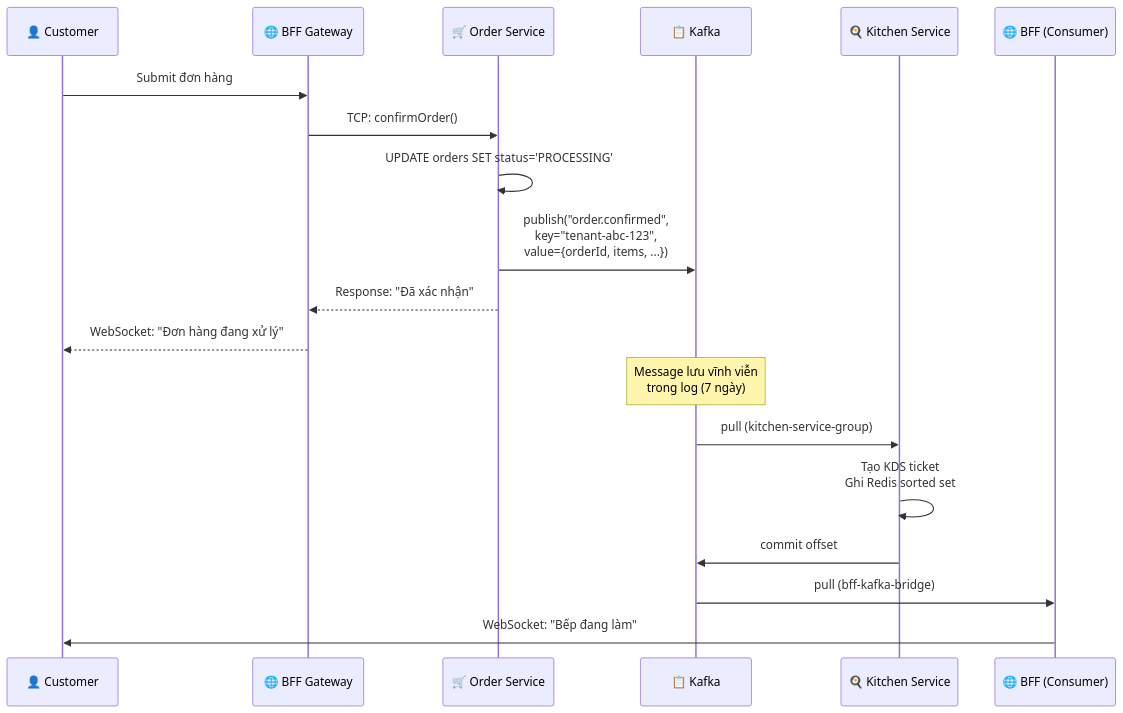
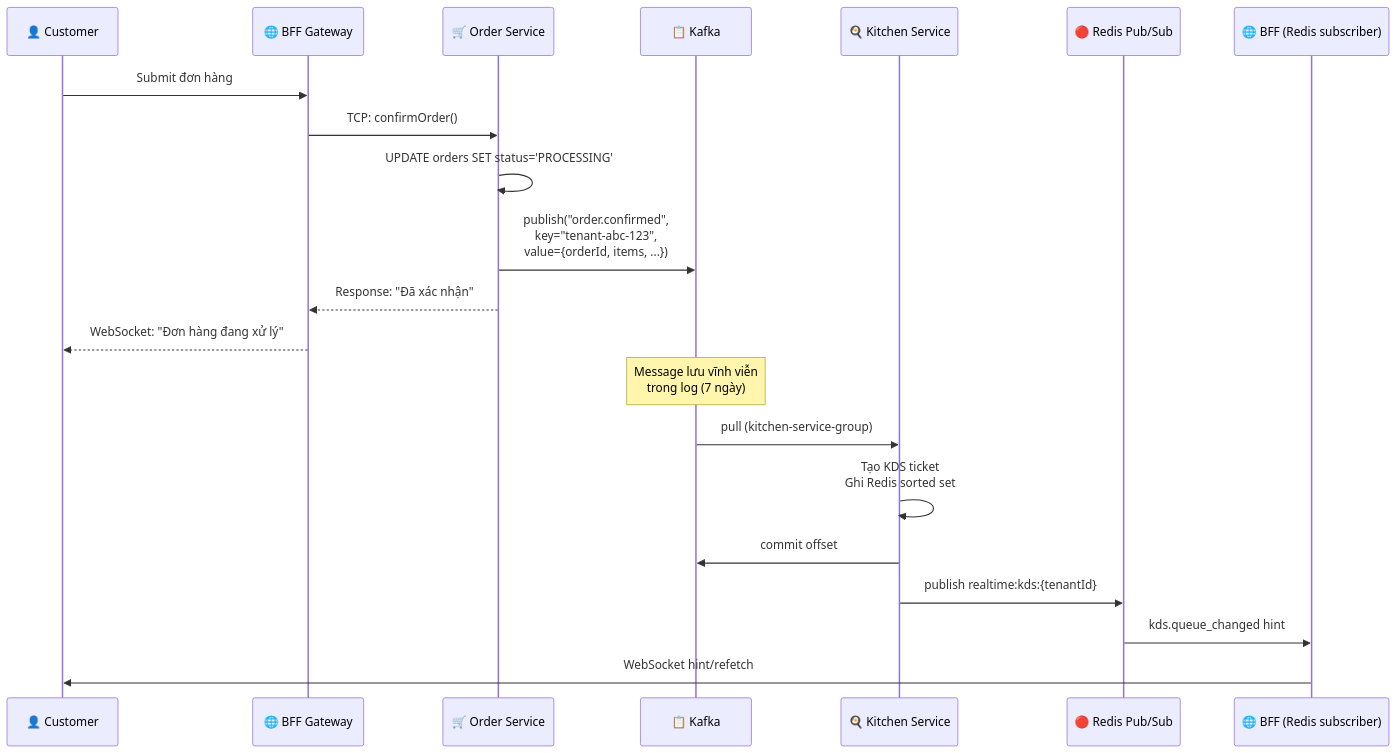
The ninth of 38 diagrams in docs/guides/kafka-qrtable.md (quan-vo-dinh/saas-pos-microservices-qrtable), drawn with Mermaid before and after one commit. The commit also changed other lines of this file and 10 other files, not shown here.

````diff
--- a/docs/guides/kafka-qrtable.md
+++ b/docs/guides/kafka-qrtable.md
@@ -388,25 +390,27 @@
 ```mermaid
 sequenceDiagram
     participant C as 👤 Customer
     participant BFF as 🌐 BFF Gateway
     participant OS as 🛒 Order Service
     participant K as 📋 Kafka
     participant KS as 🍳 Kitchen Service
-    participant BFF2 as 🌐 BFF (Consumer)
+    participant R as 🔴 Redis Pub/Sub
+    participant BFF2 as 🌐 BFF (Redis subscriber)
 
     C->>BFF: Submit đơn hàng
     BFF->>OS: TCP: confirmOrder()
     OS->>OS: UPDATE orders SET status='PROCESSING'
     OS->>K: publish("order.confirmed",<br/>key="tenant-abc-123",<br/>value={orderId, items, ...})
     OS-->>BFF: Response: "Đã xác nhận"
     BFF-->>C: WebSocket: "Đơn hàng đang xử lý"
 
     Note over K: Message lưu vĩnh viễn<br/>trong log (7 ngày)
 
     K->>KS: pull (kitchen-service-group)
     KS->>KS: Tạo KDS ticket<br/>Ghi Redis sorted set
     KS->>K: commit offset
 
-    K->>BFF2: pull (bff-kafka-bridge)
-    BFF2->>C: WebSocket: "Bếp đang làm"
+    KS->>R: publish realtime:kds:{tenantId}
+    R->>BFF2: kds.queue_changed hint
+    BFF2->>C: WebSocket hint/refetch
 ```
````
